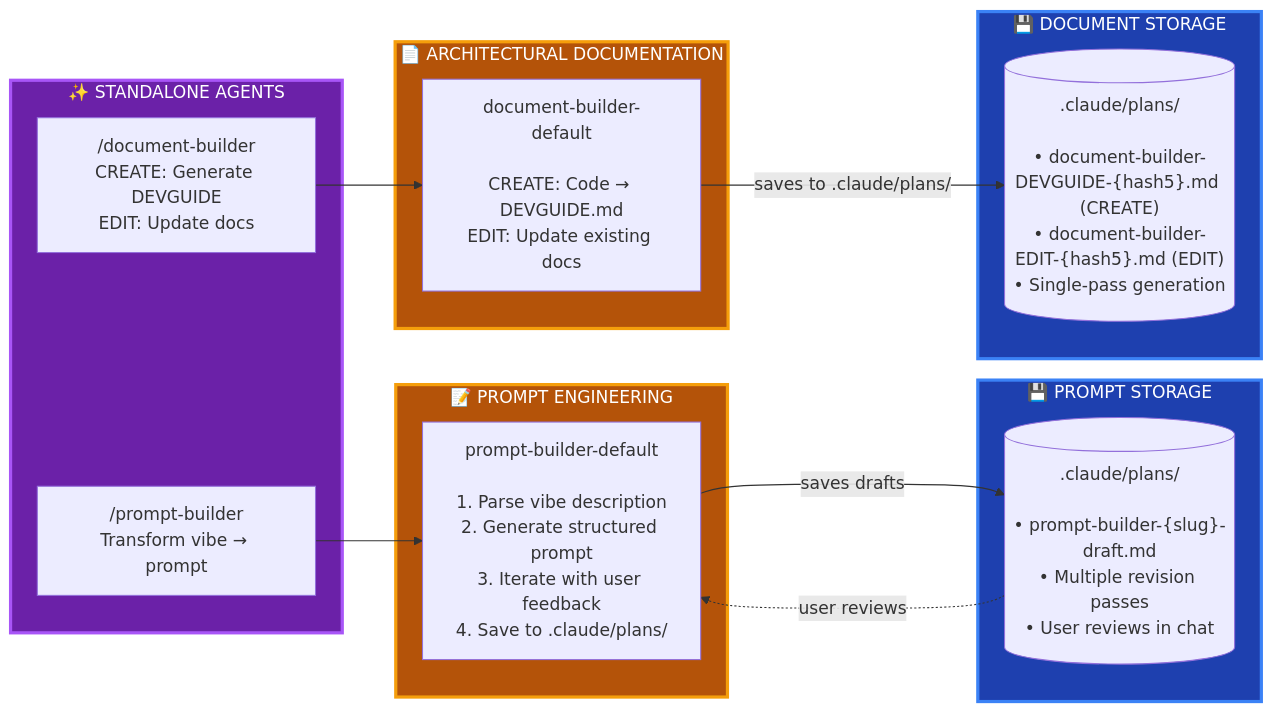
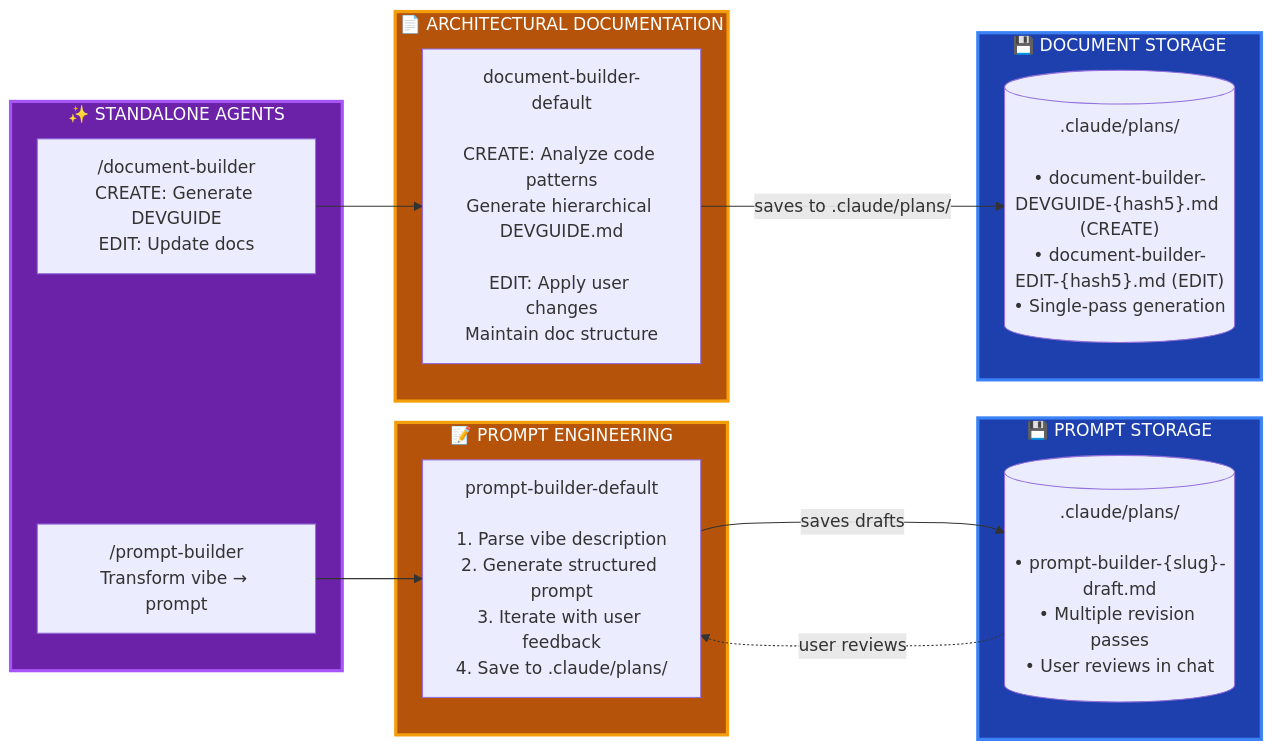
One commit to GantisStorm/essentials-claude-code changed the second of 2 diagrams in README.md. Above: the diagram before and after it, drawn with Mermaid.

Commit message:
Restore full descriptive text in ARCHITECTURAL DOCUMENTATION diagram
Added proper spacing between CREATE and EDIT sections for better readability.
The longer text provides clearer description of what the agent does.

🤖 Generated with [Claude Code](https://claude.com/claude-code)

````diff
--- a/README.md
+++ b/README.md
@@ -85,36 +85,36 @@
 ```mermaid
 flowchart LR
     subgraph standalone["✨ STANDALONE AGENTS"]
         prompt_cmd["/prompt-builder<br/>Transform vibe → prompt"]
         doc_cmd["/document-builder<br/>CREATE: Generate DEVGUIDE<br/>EDIT: Update docs"]
     end
 
     subgraph prompt_work["📝 PROMPT ENGINEERING"]
         prompt_agent["prompt-builder-default<br/><br/>1. Parse vibe description<br/>2. Generate structured prompt<br/>3. Iterate with user feedback<br/>4. Save to .claude/plans/"]
     end
 
     subgraph doc_work["📄 ARCHITECTURAL DOCUMENTATION"]
-        doc_agent["document-builder-default<br/><br/>CREATE: Code → DEVGUIDE.md<br/>EDIT: Update existing docs"]
+        doc_agent["document-builder-default<br/><br/>CREATE: Analyze code patterns<br/>Generate hierarchical DEVGUIDE.md<br/><br/>EDIT: Apply user changes<br/>Maintain doc structure"]
     end
 
     subgraph prompt_storage["💾 PROMPT STORAGE"]
         prompt_files[(".claude/plans/<br/><br/>• prompt-builder-{slug}-draft.md<br/>• Multiple revision passes<br/>• User reviews in chat")]
     end
 
     subgraph doc_storage["💾 DOCUMENT STORAGE"]
         doc_files[(".claude/plans/<br/><br/>• document-builder-DEVGUIDE-{hash5}.md (CREATE)<br/>• document-builder-EDIT-{hash5}.md (EDIT)<br/>• Single-pass generation")]
     end
 
     prompt_cmd --> prompt_agent
     prompt_agent -->|"saves drafts"| prompt_files
     prompt_files -.->|"user reviews"| prompt_agent
 
     doc_cmd --> doc_agent
     doc_agent -->|"saves to .claude/plans/"| doc_files
 
     style standalone fill:#6b21a8,stroke:#a855f7,stroke-width:3px,color:#fff
     style prompt_work fill:#b45309,stroke:#f59e0b,stroke-width:3px,color:#fff
     style prompt_storage fill:#1e40af,stroke:#3b82f6,stroke-width:3px,color:#fff
     style doc_work fill:#b45309,stroke:#f59e0b,stroke-width:3px,color:#fff
     style doc_storage fill:#1e40af,stroke:#3b82f6,stroke-width:3px,color:#fff
 ```
````
